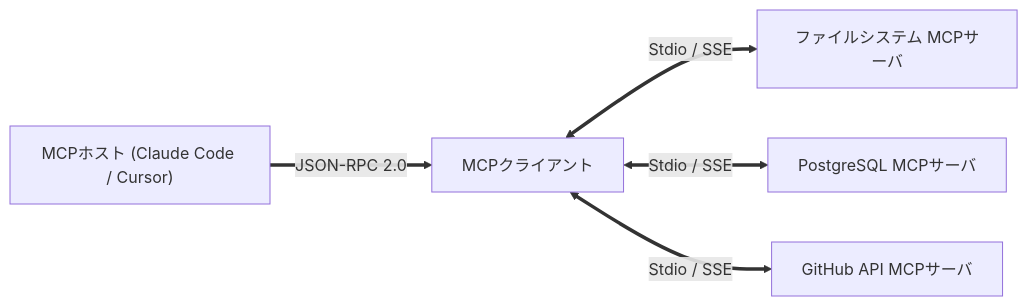
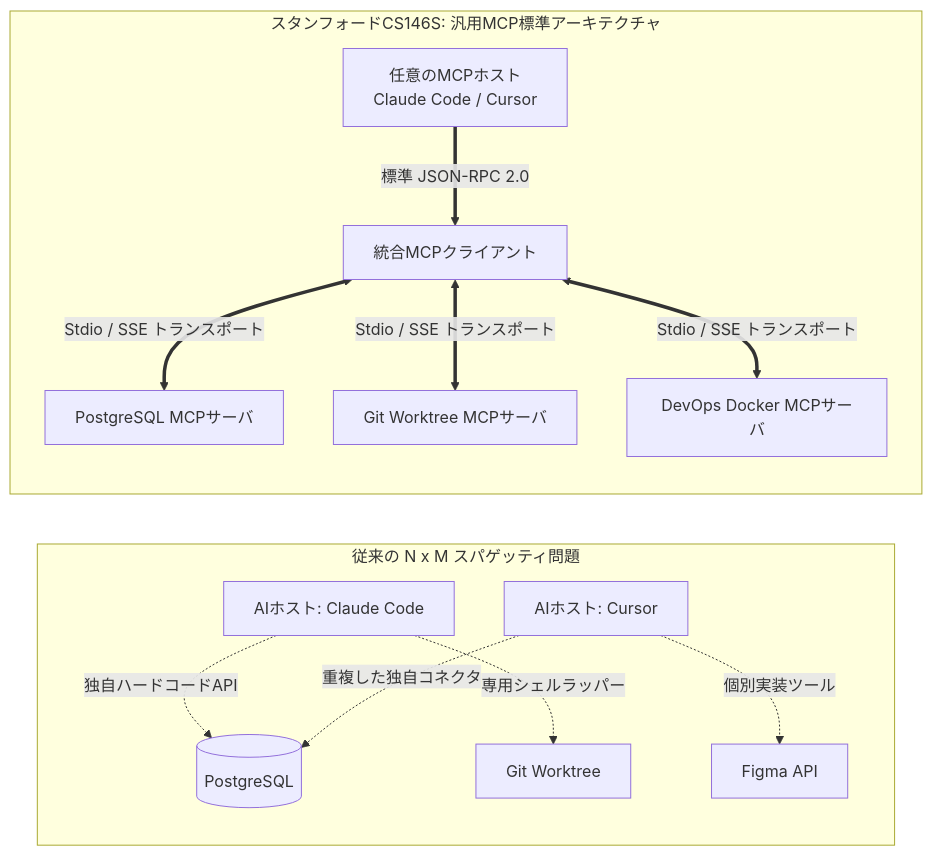
Before and after one commit to jbjihwan/global_blog: the first of 3 diagrams in i18n/ja/docusaurus-plugin-content-blog/2026-10-24-stanford-cs146s-3/index.md, drawn with Mermaid. The commit also changed other lines of this file and 10 other files, not shown here.

````diff
--- a/i18n/ja/docusaurus-plugin-content-blog/2026-10-24-stanford-cs146s-3/index.md
+++ b/i18n/ja/docusaurus-plugin-content-blog/2026-10-24-stanford-cs146s-3/index.md
@@ -25,7 +27,16 @@
 ```mermaid
 flowchart LR
-    Host["MCPホスト (Claude Code / Cursor)"] ==>|JSON-RPC 2.0| Client["MCPクライアント"]
-    Client <==>|Stdio / SSE| S1["ファイルシステム MCPサーバ"]
-    Client <==>|Stdio / SSE| S2["PostgreSQL MCPサーバ"]
-    Client <==>|Stdio / SSE| S3["GitHub API MCPサーバ"]
+    subgraph レガシーのNxM複雑性 ["従来の N x M スパゲッティ問題"]
+        A1[AIホスト: Claude Code] -.->|独自ハードコードAPI| R1[(PostgreSQL)]
+        A1 -.->|専用シェルラッパー| R2[Git Worktree]
+        A2[AIホスト: Cursor] -.->|重複した独自コネクタ| R1
+        A2 -.->|個別実装ツール| R3[Figma API]
+    end
+
+    subgraph 現代のMCP標準化 ["スタンフォードCS146S: 汎用MCP標準アーキテクチャ"]
+        H1[任意のMCPホスト<br/>Claude Code / Cursor] ==>|標準 JSON-RPC 2.0| C[統合MCPクライアント]
+        C <==>|Stdio / SSE トランスポート| S1[PostgreSQL MCPサーバ]
+        C <==>|Stdio / SSE トランスポート| S2[Git Worktree MCPサーバ]
+        C <==>|Stdio / SSE トランスポート| S3[DevOps Docker MCPサーバ]
+    end
 ```
````
